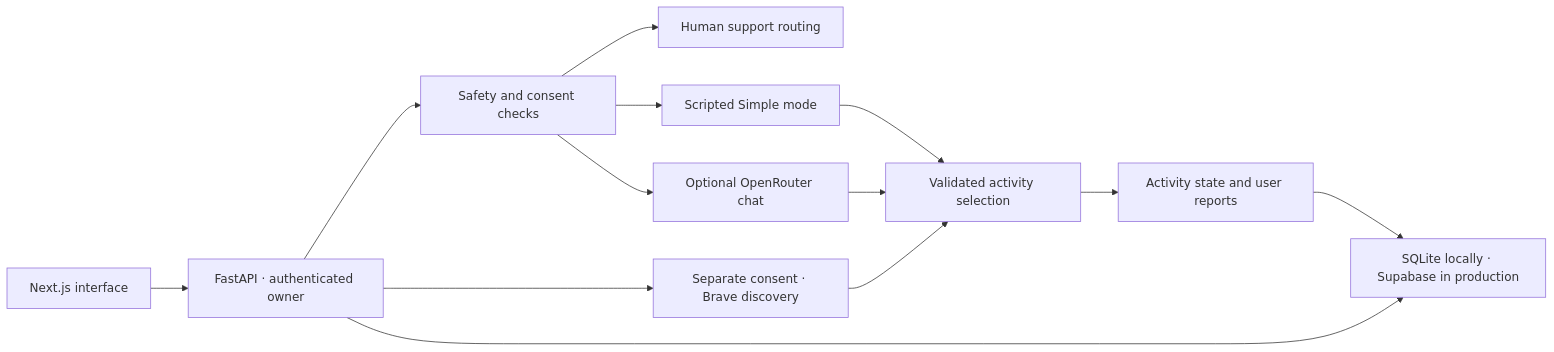
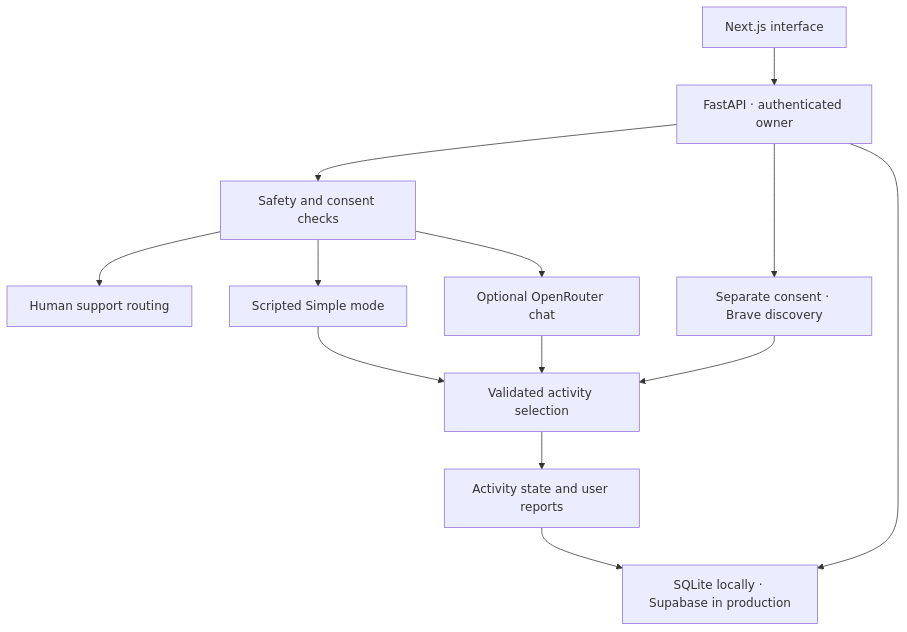
One commit to yusenrong46-afk/JournalPulse changed the diagram in README.md. Above: the diagram before and after it, drawn with Mermaid. The commit also changed other lines of this file and 1 other file, not shown here.

Commit message:
Improve diagram readability and clarify coverage scope

````diff
--- a/README.md
+++ b/README.md
@@ -40,15 +40,15 @@
 ```mermaid
-flowchart LR
+flowchart TB
   WEB["Next.js interface"] --> API["FastAPI · authenticated owner"]
   API --> GATE["Safety and consent checks"]
   GATE --> SUPPORT["Human support routing"]
   GATE --> SIMPLE["Scripted Simple mode"]
   GATE --> AI["Optional OpenRouter chat"]
   API --> SEARCH["Separate consent · Brave discovery"]
   SIMPLE --> CHECK["Validated activity selection"]
   AI --> CHECK
   SEARCH --> CHECK
   CHECK --> STATE["Activity state and user reports"]
   API --> DB["SQLite locally · Supabase in production"]
   STATE --> DB
 ```
````
